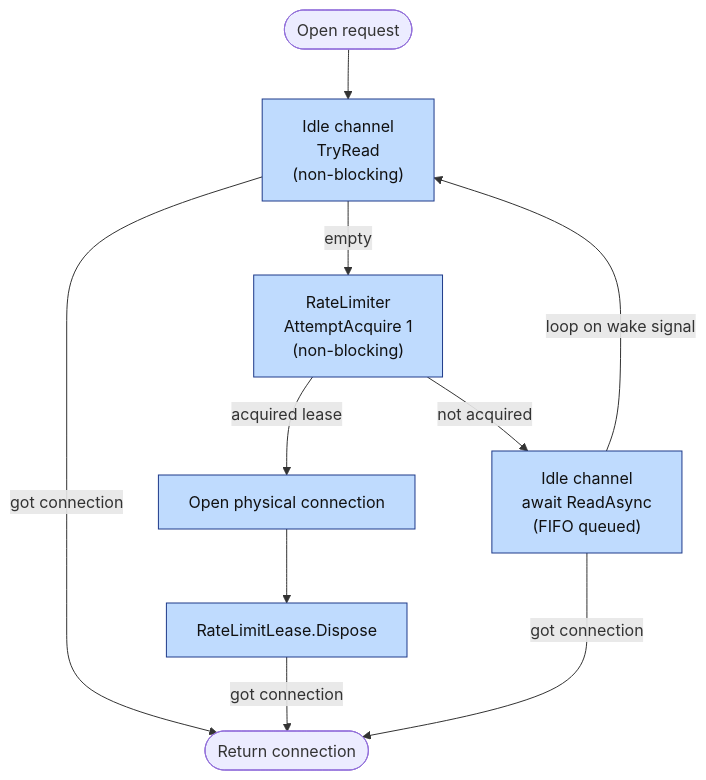
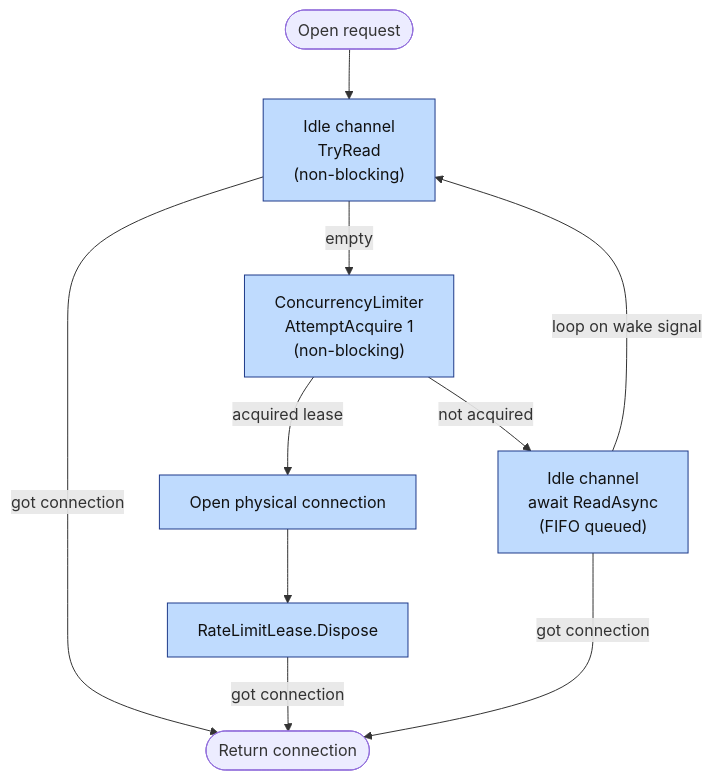
Before and after one commit to dotnet/SqlClient: the second of 2 diagrams in specs/006-pool-rate-limiting/diagrams.md, drawn with Mermaid. The commit also changed 3 other files, not shown here.

First line of the commit message:
Narrow pool rate limiter to ConcurrencyLimiter

````diff
--- a/specs/006-pool-rate-limiting/diagrams.md
+++ b/specs/006-pool-rate-limiting/diagrams.md
@@ -24,18 +24,18 @@
 ```mermaid
 flowchart TD
     Start([Open request]) --> Idle["Idle channel<br/>TryRead<br/>(non-blocking)"]
 
     Idle -->|got connection| Done([Return connection])
-    Idle -->|empty| Limiter["RateLimiter<br/>AttemptAcquire 1<br/>(non-blocking)"]
+    Idle -->|empty| Limiter["ConcurrencyLimiter<br/>AttemptAcquire 1<br/>(non-blocking)"]
 
     Limiter -->|acquired lease| Open["Open physical connection"]
     Limiter -->|not acquired| Channel["Idle channel<br/>await ReadAsync <br/>(FIFO queued)"]
 
     Open --> Lease["RateLimitLease.Dispose"]
     Lease --> |got connection| Done
     Channel -->|loop on wake signal| Idle
     Channel --> |got connection| Done
 
     classDef prim fill:#bfdbfe,stroke:#1e3a8a,color:#111
     class Idle,Limiter,Open,Lease,Channel prim
 ```
````
